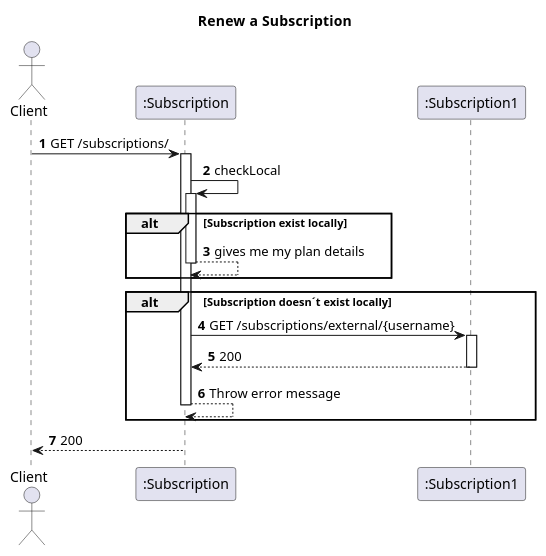
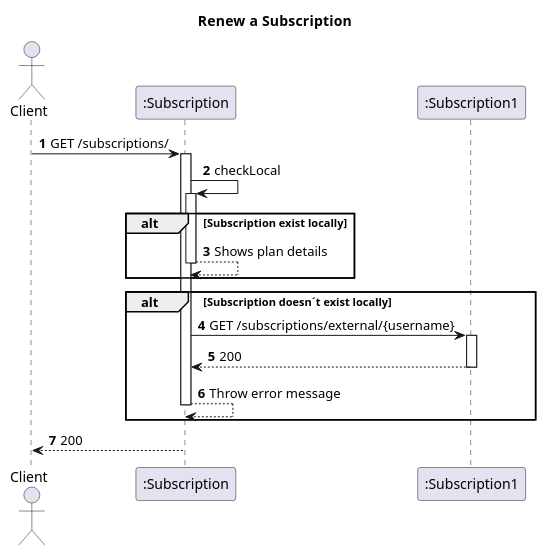
Before and after one commit to IsepMartimOliveira/SIDIS: the diagram in docs_sidis/Subs/Vista Logica/N2/GetSubsPlanInfo.puml, drawn with PlantUML.

```diff
--- a/docs_sidis/Subs/Vista Logica/N2/GetSubsPlanInfo.puml
+++ b/docs_sidis/Subs/Vista Logica/N2/GetSubsPlanInfo.puml
@@ -1,26 +1,26 @@
 @startuml
 'https://plantuml.com/sequence-diagram
 autoactivate on
 autonumber
 title   Renew a  Subscription
 
 autonumber
 
 actor "Client" as Ac
 participant ":Subscription" as Auth
 participant ":Subscription1" as Serv
 
 
 Ac->Auth:  GET /subscriptions/
 Auth->Auth:checkLocal
 alt Subscription exist locally
-Auth-->Auth:gives me my plan details
+Auth-->Auth:Shows plan details
 end
 alt Subscription doesn´t exist locally
 
 Auth->Serv: GET /subscriptions/external/{username}
 Serv-->Auth:200
 Auth-->Auth:Throw error message
 end
 Auth-->Ac:200
 @enduml
```
